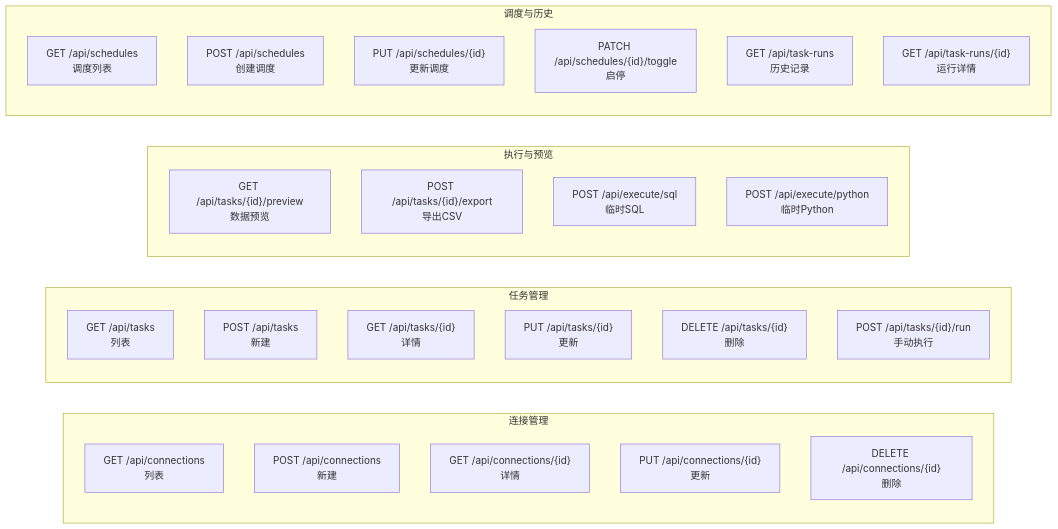
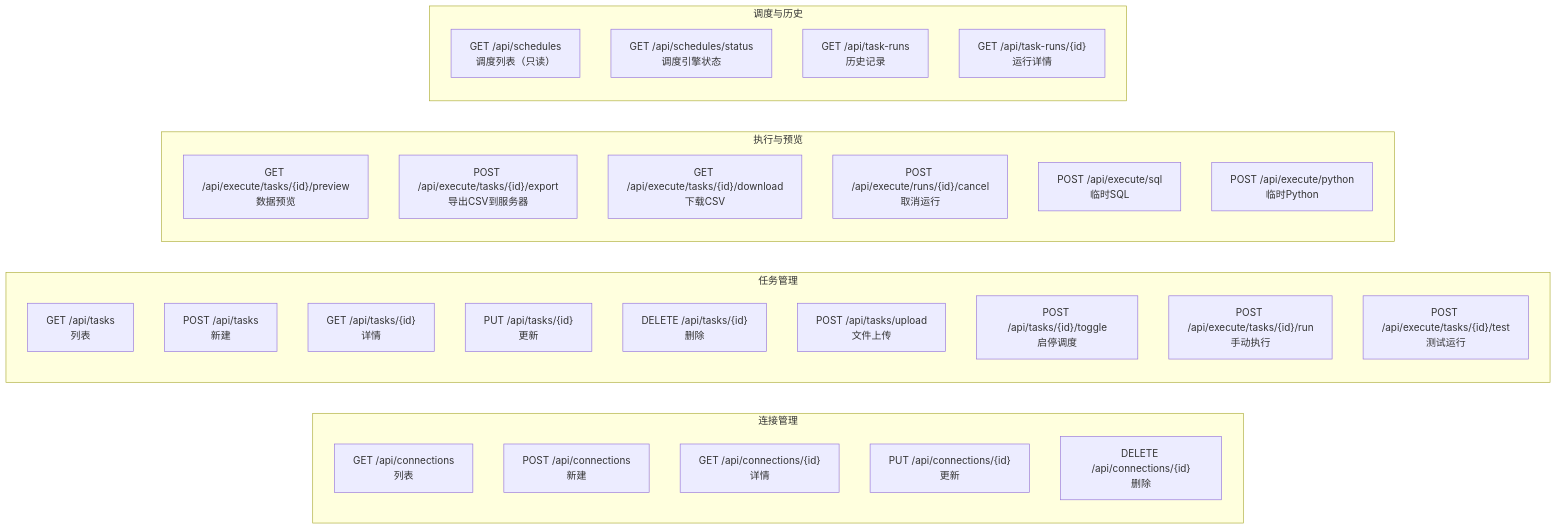
Before and after one commit to SheepShell33/ghost-flow-work-app: the third of 4 diagrams in plan.md, drawn with Mermaid. The commit also changed other lines of this file and 36 other files, not shown here.

````diff
--- a/plan.md
+++ b/plan.md
@@ -206,35 +216,38 @@
 ```mermaid
 graph LR
     subgraph 连接管理
         GET_CS["GET /api/connections<br/>列表"]
         POST_CS["POST /api/connections<br/>新建"]
         GET_C["GET /api/connections/{id}<br/>详情"]
         PUT_C["PUT /api/connections/{id}<br/>更新"]
         DEL_C["DELETE /api/connections/{id}<br/>删除"]
     end
-    
+
     subgraph 任务管理
         GET_TS["GET /api/tasks<br/>列表"]
         POST_TS["POST /api/tasks<br/>新建"]
         GET_T["GET /api/tasks/{id}<br/>详情"]
         PUT_T["PUT /api/tasks/{id}<br/>更新"]
         DEL_T["DELETE /api/tasks/{id}<br/>删除"]
-        RUN_T["POST /api/tasks/{id}/run<br/>手动执行"]
+        UPL_T["POST /api/tasks/upload<br/>文件上传"]
+        TGL_T["POST /api/tasks/{id}/toggle<br/>启停调度"]
+        RUN_T["POST /api/execute/tasks/{id}/run<br/>手动执行"]
+        TST_T["POST /api/execute/tasks/{id}/test<br/>测试运行"]
     end
-    
+
     subgraph 执行与预览
-        PREV["GET /api/tasks/{id}/preview<br/>数据预览"]
-        EXPORT["POST /api/tasks/{id}/export<br/>导出CSV"]
+        PREV["GET /api/execute/tasks/{id}/preview<br/>数据预览"]
+        EXPORT["POST /api/execute/tasks/{id}/export<br/>导出CSV到服务器"]
+        DWNLD["GET /api/execute/tasks/{id}/download<br/>下载CSV"]
+        CANCEL["POST /api/execute/runs/{id}/cancel<br/>取消运行"]
         ADHOC_SQL["POST /api/execute/sql<br/>临时SQL"]
         ADHOC_PY["POST /api/execute/python<br/>临时Python"]
     end
-    
+
     subgraph 调度与历史
-        GET_SCH["GET /api/schedules<br/>调度列表"]
-        POST_SCH["POST /api/schedules<br/>创建调度"]
-        PUT_SCH["PUT /api/schedules/{id}<br/>更新调度"]
-        TGL_SCH["PATCH /api/schedules/{id}/toggle<br/>启停"]
+        GET_SCH["GET /api/schedules<br/>调度列表（只读）"]
+        STS_SCH["GET /api/schedules/status<br/>调度引擎状态"]
         RUN_HIST["GET /api/task-runs<br/>历史记录"]
         RUN_DTL["GET /api/task-runs/{id}<br/>运行详情"]
     end
 ```
````
